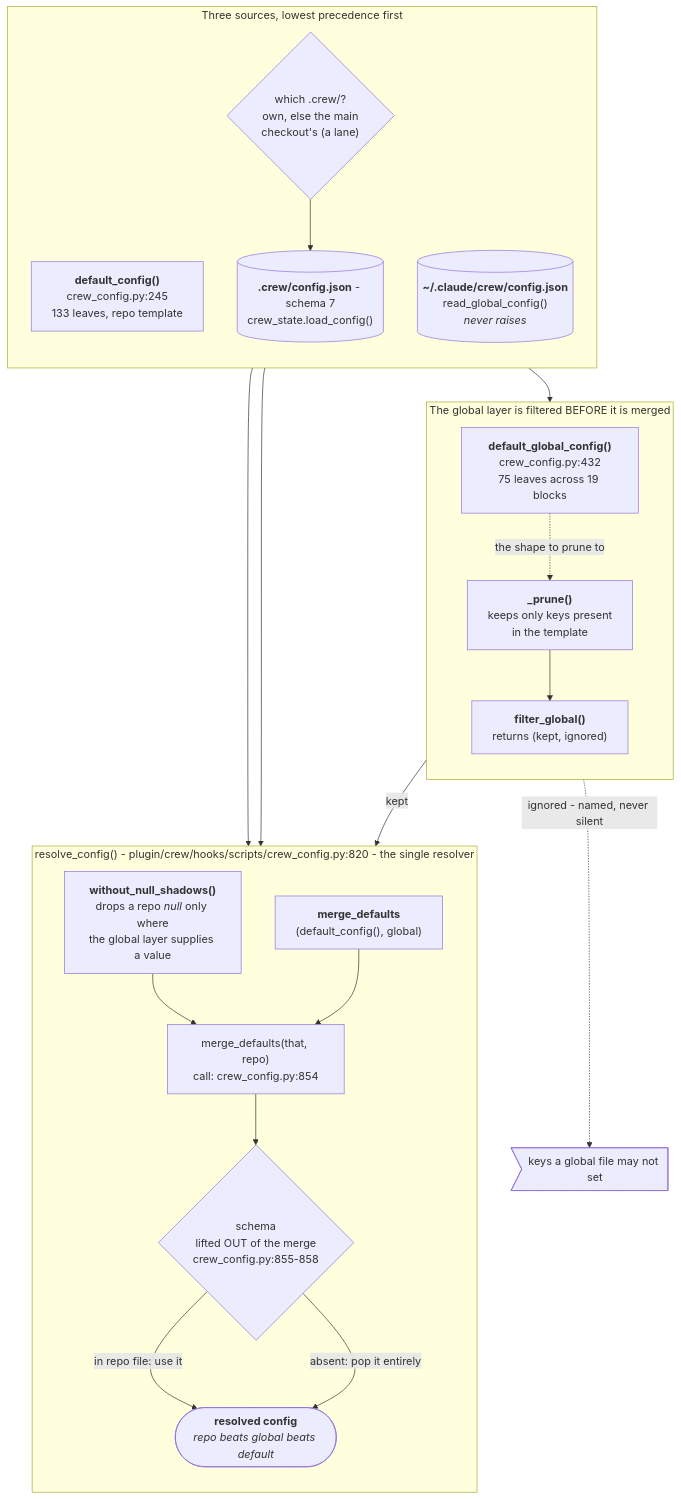
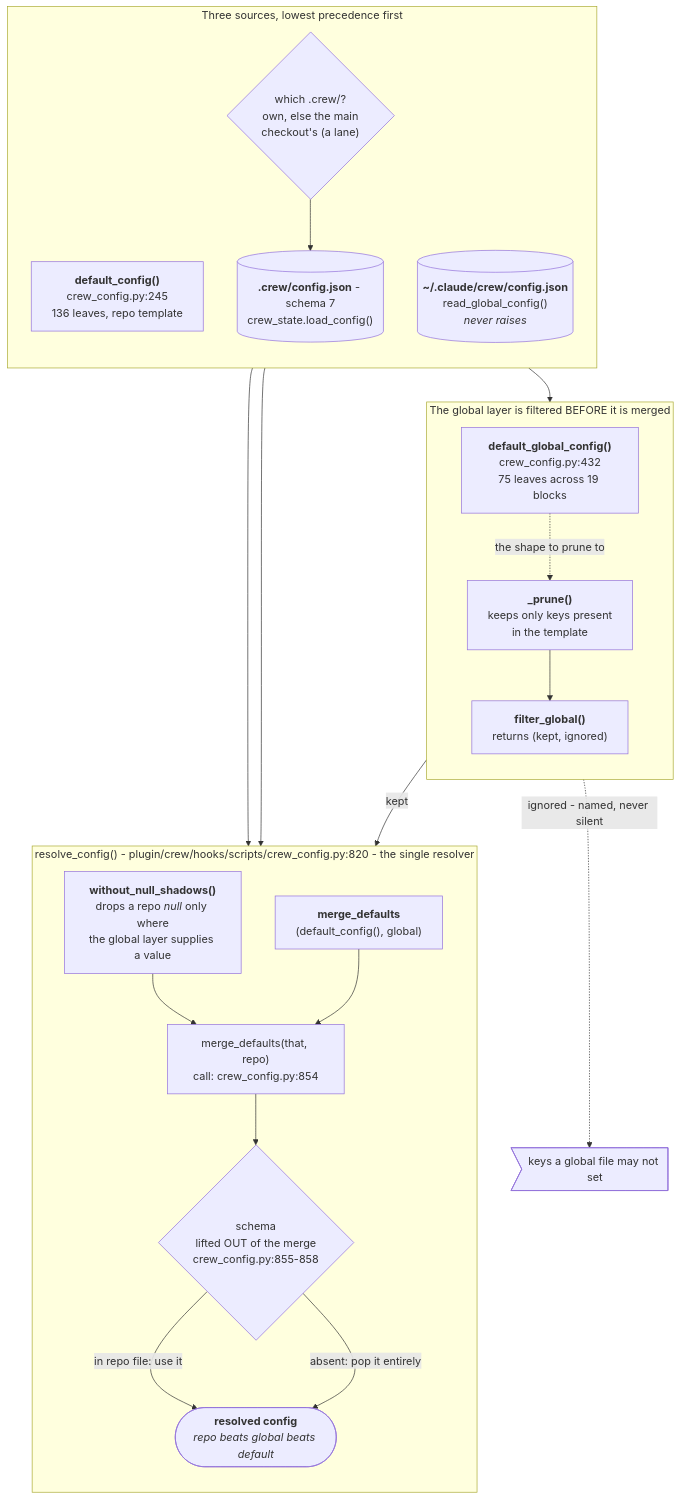
Before and after one commit to mbadali25/useful-claude-add-ons: the sixth of 36 diagrams in docs/diagrams/README.md, drawn with Mermaid. The commit also changed other lines of this file and 4 other files, not shown here.

First line of the commit message:
T-0053: the config-read diagram and the code map say 136 leaves

````diff
--- a/docs/diagrams/README.md
+++ b/docs/diagrams/README.md
@@ -279,41 +279,41 @@
 ```mermaid
 flowchart TB
 
     subgraph Sources["Three sources, lowest precedence first"]
         direction TB
-        DEF["<b>default_config()</b><br/>crew_config.py:245<br/>133 leaves, repo template"]
+        DEF["<b>default_config()</b><br/>crew_config.py:245<br/>136 leaves, repo template"]
         GLB[("<b>~/.claude/crew/config.json</b><br/>read_global_config()<br/><i>never raises</i>")]
         RES{"which .crew/?<br/>own, else the main<br/>checkout's (a lane)"}
         REPO[("<b>.crew/config.json</b> - schema 7<br/>crew_state.load_config()")]
     end
 
     subgraph Gate["The global layer is filtered BEFORE it is merged"]
         direction TB
         TMPL["<b>default_global_config()</b><br/>crew_config.py:432<br/>75 leaves across 19 blocks"]
         PRUNE["<b>_prune()</b><br/>keeps only keys present<br/>in the template"]
         FILT["<b>filter_global()</b><br/>returns (kept, ignored)"]
     end
 
     subgraph Merge["resolve_config() - plugin/crew/hooks/scripts/crew_config.py:820 - the single resolver"]
         direction TB
         NULLS["<b>without_null_shadows()</b><br/>drops a repo <i>null</i> only where<br/>the global layer supplies a value"]
         M1["<b>merge_defaults</b><br/>(default_config(), global)"]
         M2["merge_defaults(that, repo)<br/>call: crew_config.py:854"]
         SCHEMA{"schema<br/>lifted OUT of the merge<br/>crew_config.py:855-858"}
         OUT(["<b>resolved config</b><br/><i>repo beats global beats default</i>"])
     end
 
     DEF --> M1
     GLB --> FILT
     TMPL -.->|"the shape to prune to"| PRUNE
     PRUNE --> FILT
     FILT -->|kept| M1
     FILT -.->|"ignored - named, never silent"| IGN>"keys a global file may not set"]
     RES --> REPO
     REPO --> NULLS
     NULLS --> M2
     M1 --> M2
     M2 --> SCHEMA
     SCHEMA -->|"in repo file: use it"| OUT
     SCHEMA -->|"absent: pop it entirely"| OUT
 ```
````
